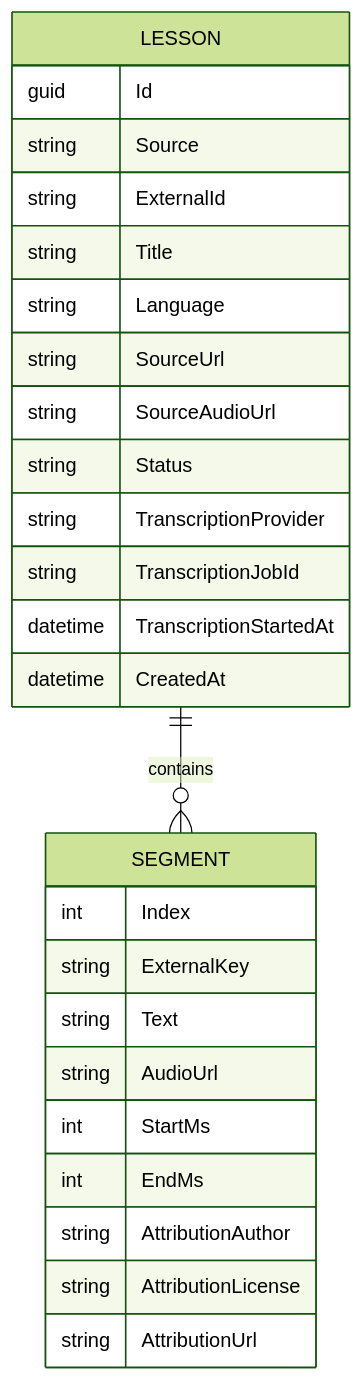
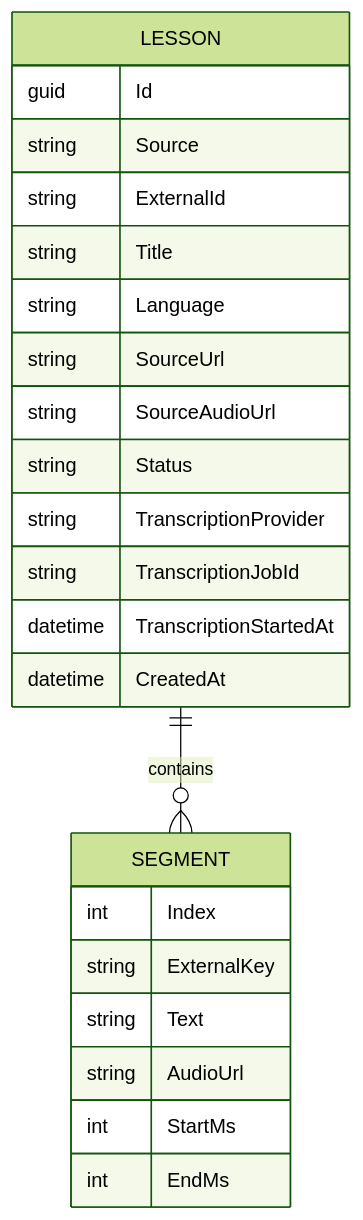
One commit to ngominh114/Dictation changed the third of 3 diagrams in _bmad-output/architecture-dictation-practice/architecture-dictation-practice.md. Above: the diagram before and after it, drawn with Mermaid (forest theme). The commit also changed other lines of this file and 27 other files, not shown here.

````diff
--- a/_bmad-output/architecture-dictation-practice/architecture-dictation-practice.md
+++ b/_bmad-output/architecture-dictation-practice/architecture-dictation-practice.md
@@ -202,29 +203,26 @@
 ```mermaid
 erDiagram
   LESSON ||--o{ SEGMENT : contains
   LESSON {
     guid Id
     string Source
     string ExternalId
     string Title
     string Language
     string SourceUrl
     string SourceAudioUrl
     string Status
     string TranscriptionProvider
     string TranscriptionJobId
     datetime TranscriptionStartedAt
     datetime CreatedAt
   }
   SEGMENT {
     int Index
     string ExternalKey
     string Text
     string AudioUrl
     int StartMs
     int EndMs
-    string AttributionAuthor
-    string AttributionLicense
-    string AttributionUrl
   }
 ```
````
